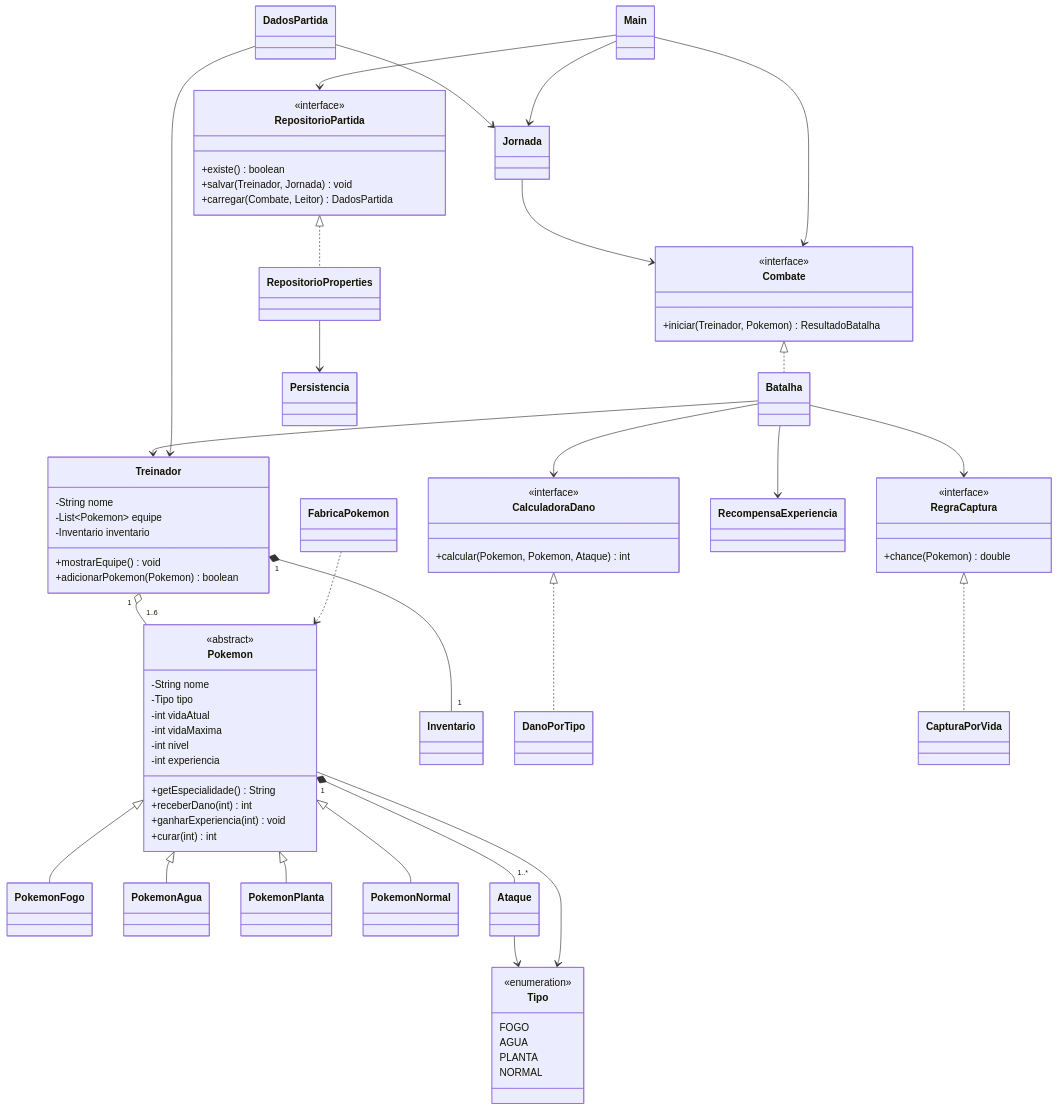
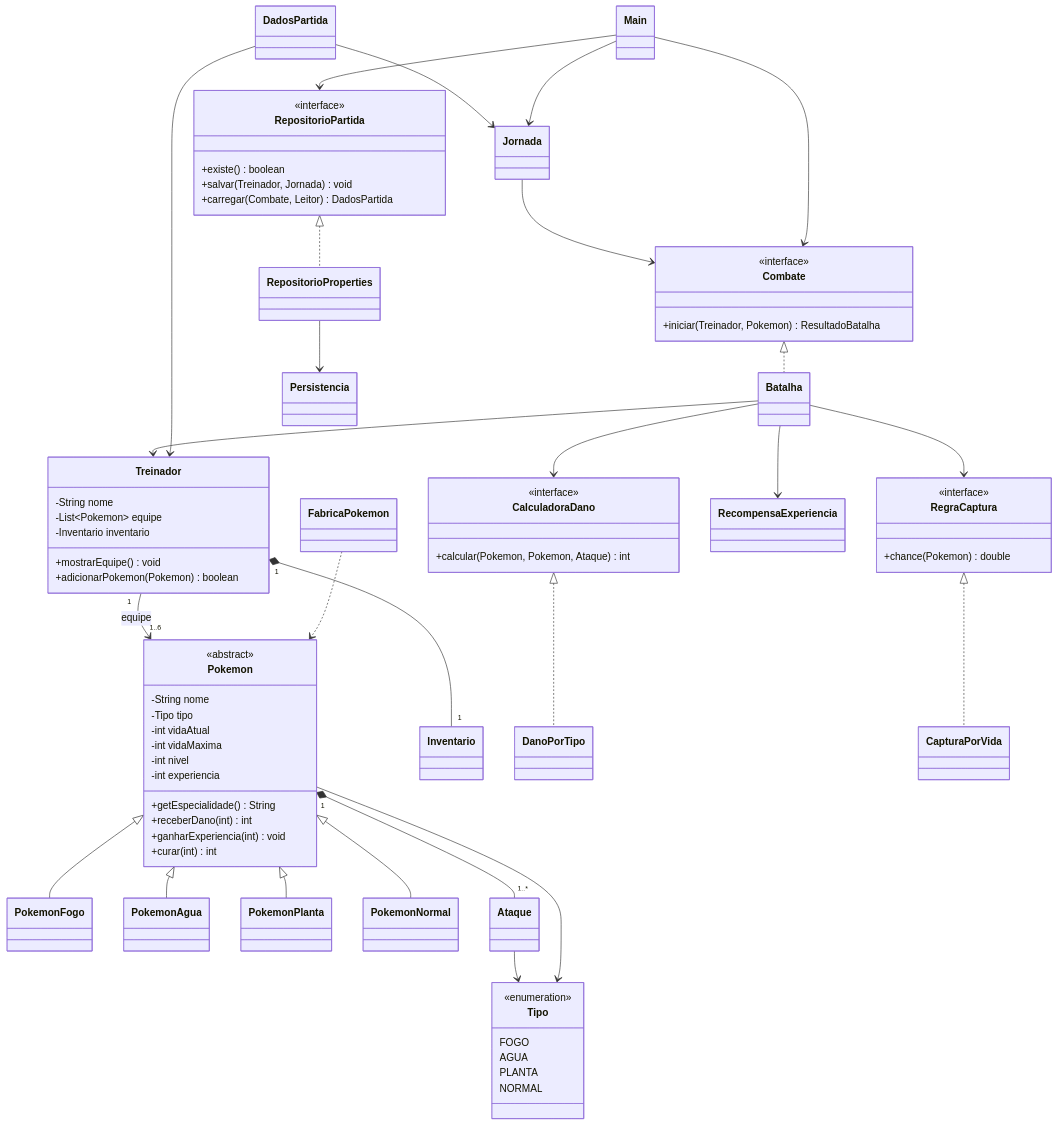
The diagram in README.md (rsnnd/pokemon-jornada-dos-mestres), drawn with Mermaid before and after one commit.

Commit message:
Corrige diagrama UML no README

```diff
--- a/README.md
+++ b/README.md
@@ -143,7 +143,7 @@
         NORMAL
     }
     Treinador "1" *-- "1" Inventario
-    Treinador "1" o-- "1..6" Pokemon
+    Treinador "1" --> "1..6" Pokemon : equipe
     Pokemon "1" *-- "1..*" Ataque
     Ataque --> Tipo
     Pokemon --> Tipo
```
